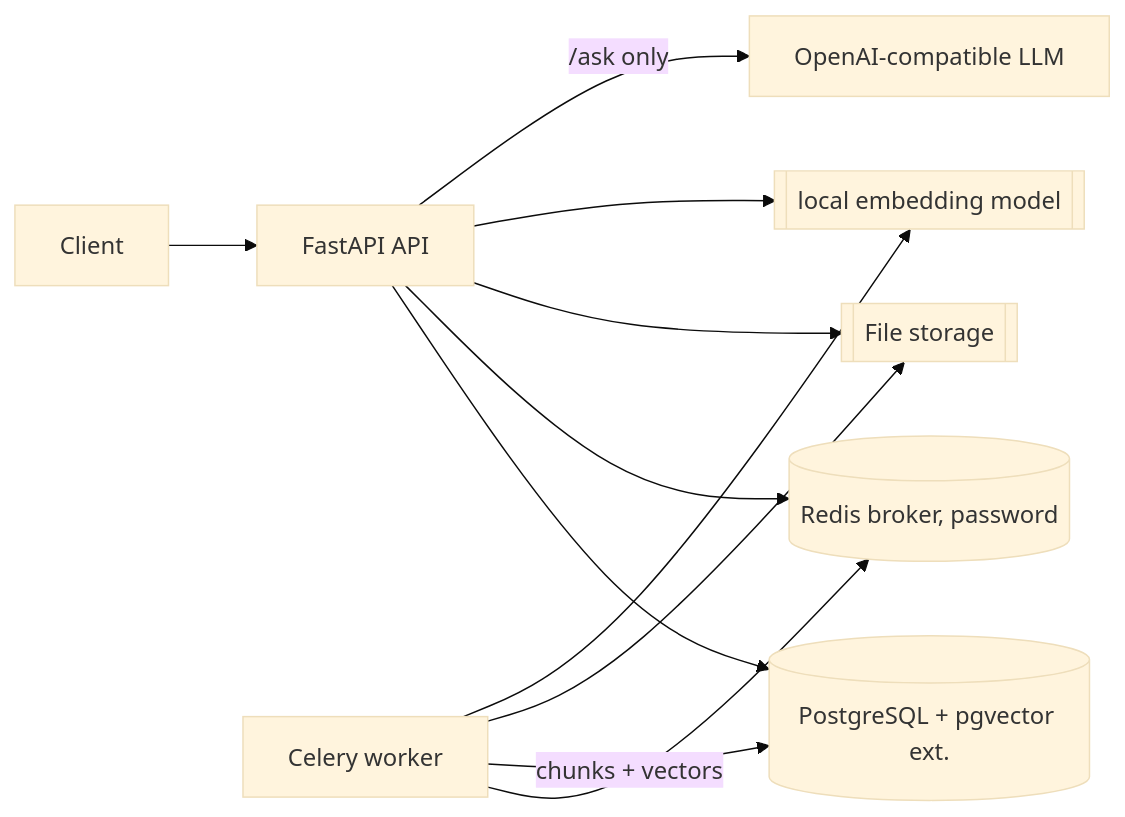
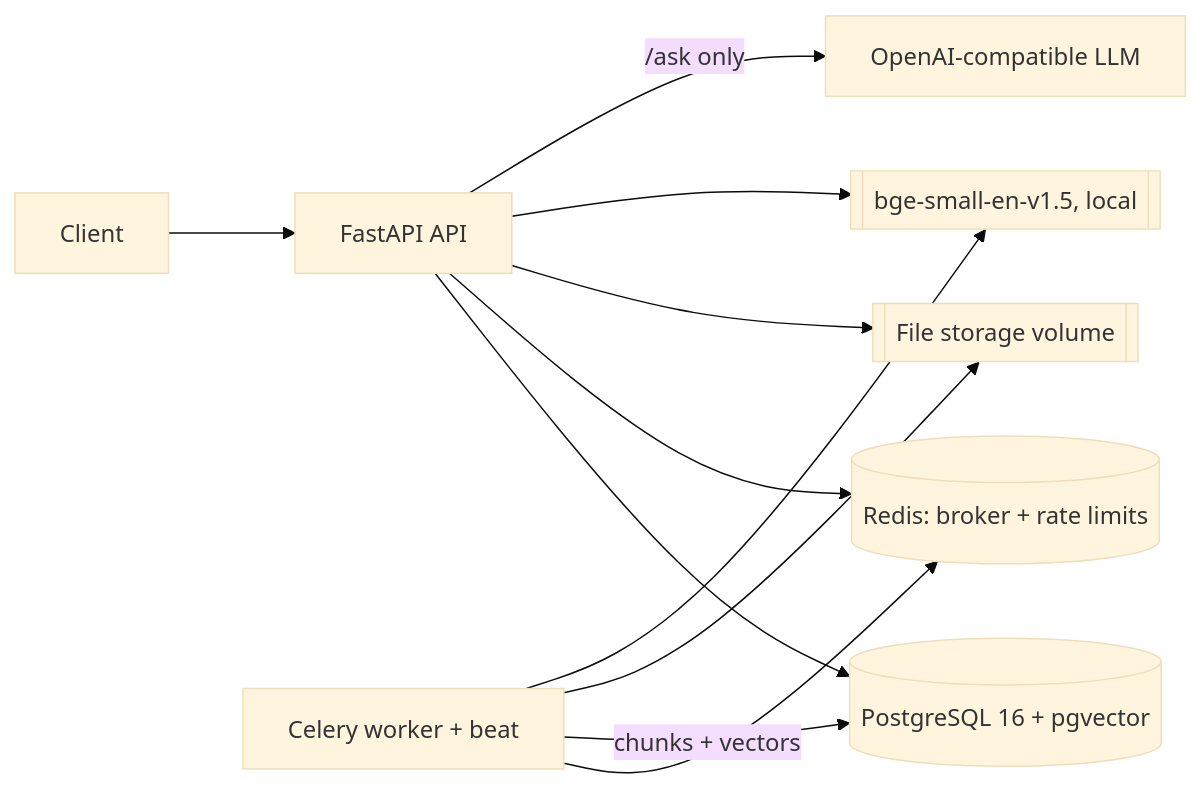
One commit to shahil5z/document-intelligence-analysis changed the diagram in README.md. Above: the diagram before and after it, drawn with Mermaid (base theme). The commit also changed other lines of this file and 6 other files, not shown here.

````diff
--- a/README.md
+++ b/README.md
@@ -24,13 +20,13 @@
 ```mermaid
 flowchart LR
     client[Client] --> api[FastAPI API]
-    api --> pg[(PostgreSQL + pgvector ext.)]
-    api --> redis[(Redis broker, password)]
-    api --> storage[[File storage]]
-    worker[Celery worker] --> redis
+    api --> pg[(PostgreSQL 16 + pgvector)]
+    api --> redis[(Redis: broker + rate limits)]
+    api --> storage[[File storage volume]]
+    worker[Celery worker + beat] --> redis
     worker -->|chunks + vectors| pg
     worker --> storage
-    worker --> model[[local embedding model]]
+    worker --> model[[bge-small-en-v1.5, local]]
     api --> model
     api -->|/ask only| llm[OpenAI-compatible LLM]
 ```
````
